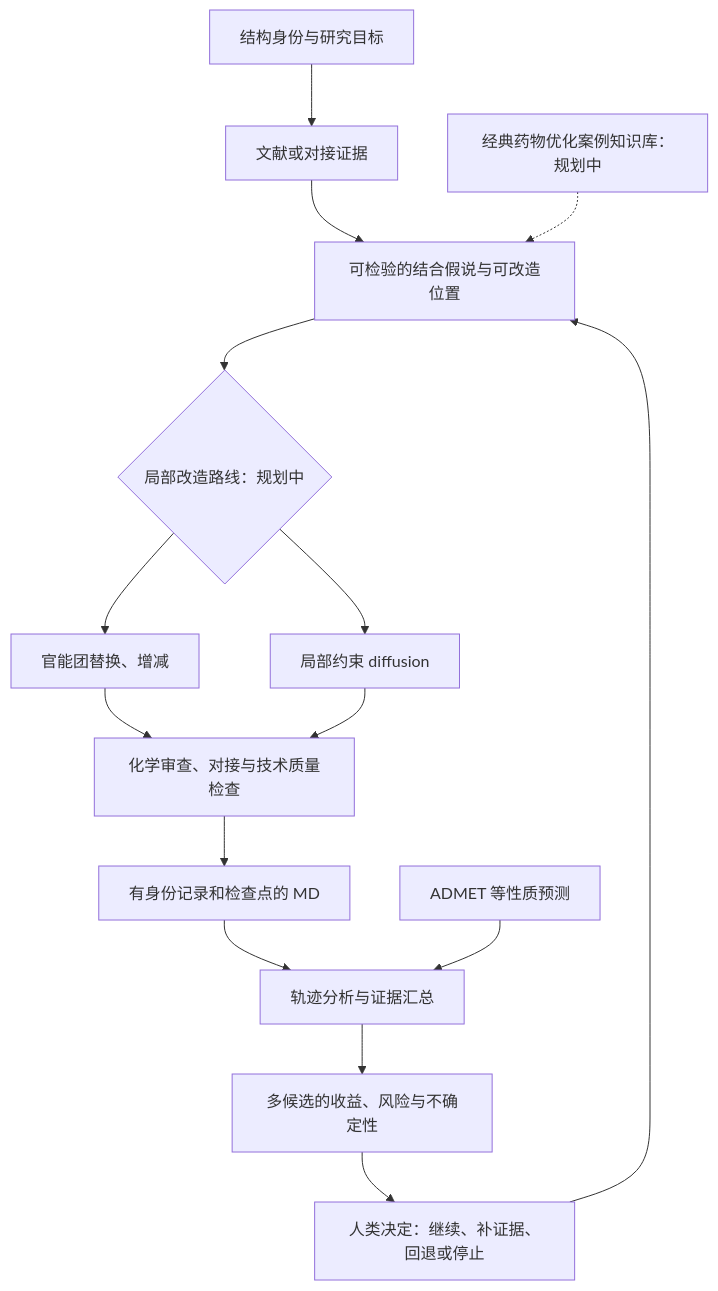
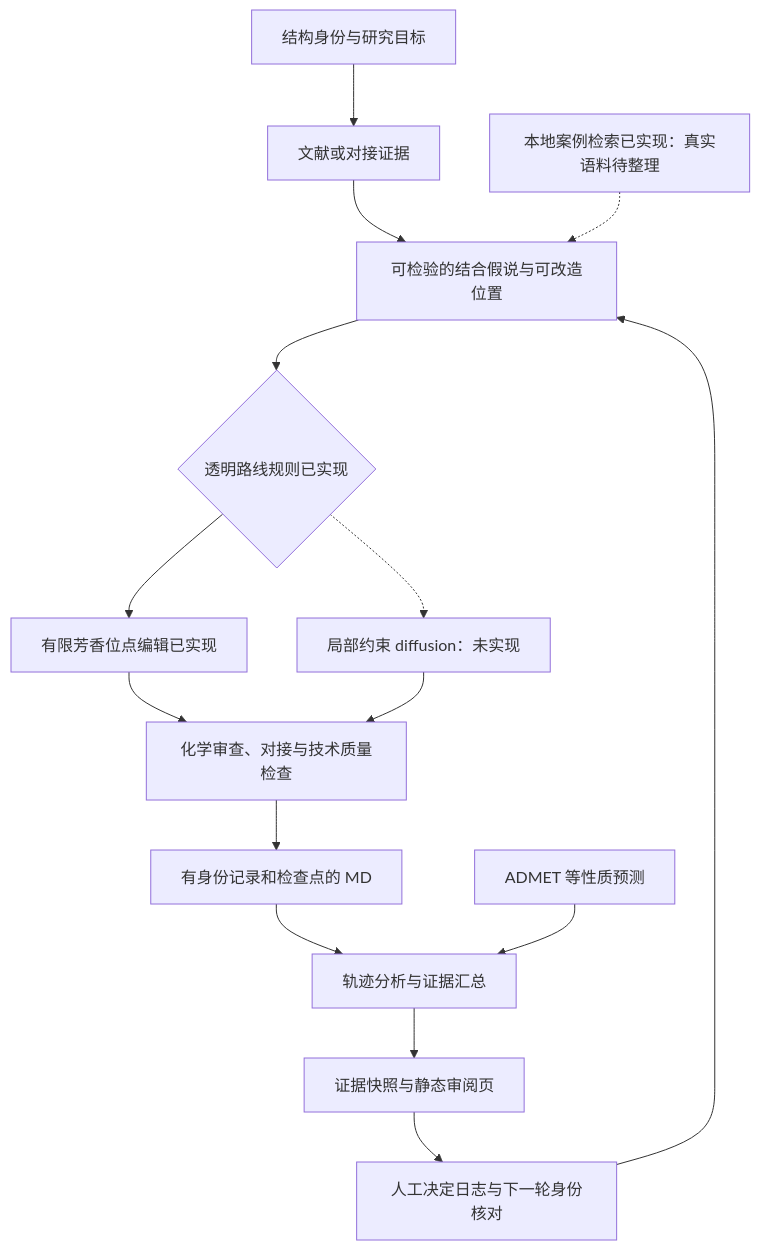
Before and after one commit to whlym248/medchem-human-loop: the diagram in README.md, drawn with Mermaid. The commit also changed other lines of this file and 39 other files, not shown here.

````diff
--- a/README.md
+++ b/README.md
@@ -15,17 +17,17 @@
 ```mermaid
 flowchart TD
     A[结构身份与研究目标] --> B[文献或对接证据]
     B --> C[可检验的结合假说与可改造位置]
-    K[经典药物优化案例知识库：规划中] -.-> C
-    C --> D{局部改造路线：规划中}
-    D --> E[官能团替换、增减]
-    D --> F[局部约束 diffusion]
+    K[本地案例检索已实现：真实语料待整理] -.-> C
+    C --> D{透明路线规则已实现}
+    D --> E[有限芳香位点编辑已实现]
+    D -.-> F[局部约束 diffusion：未实现]
     E --> G[化学审查、对接与技术质量检查]
     F --> G
     G --> H[有身份记录和检查点的 MD]
     H --> I[轨迹分析与证据汇总]
     P[ADMET 等性质预测] --> I
-    I --> J[多候选的收益、风险与不确定性]
-    J --> L[人类决定：继续、补证据、回退或停止]
+    I --> J[证据快照与静态审阅页]
+    J --> L[人工决定日志与下一轮身份核对]
     L --> C
 ```
````
